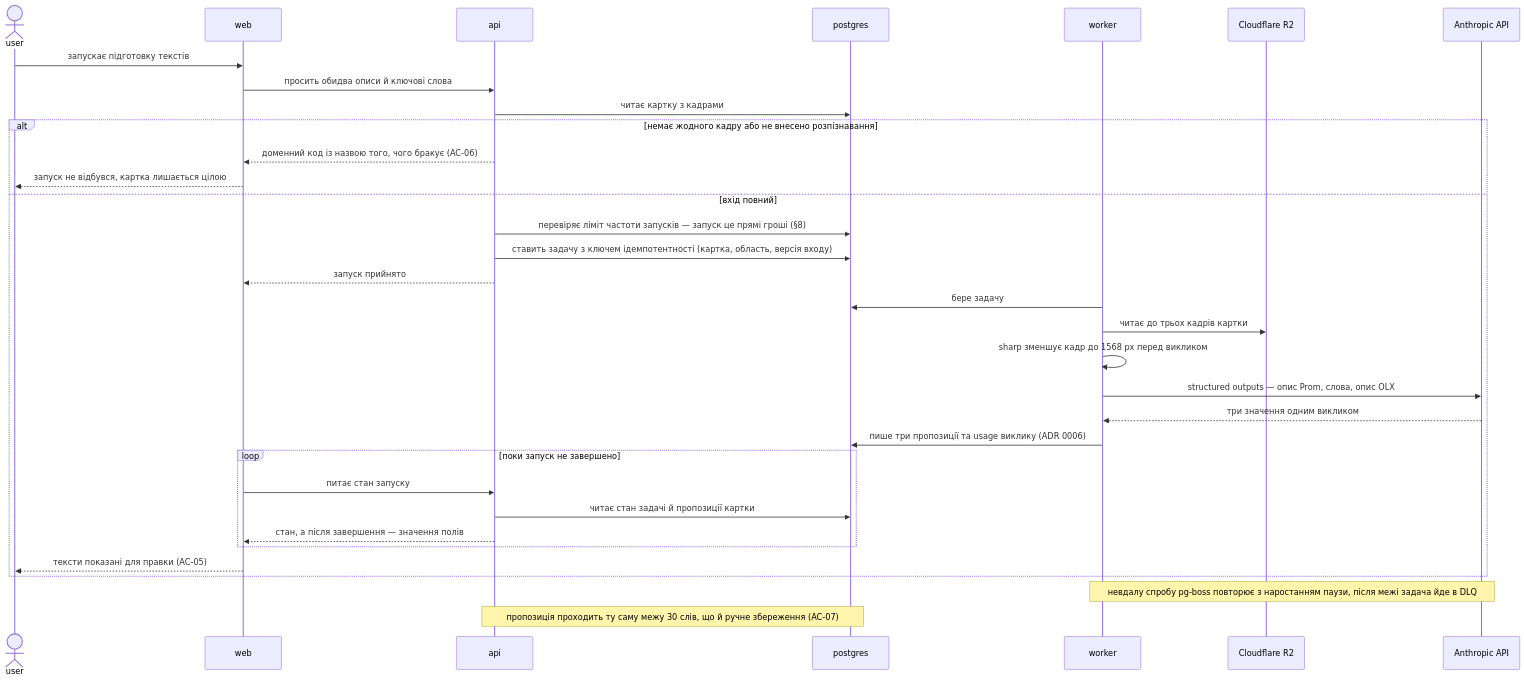
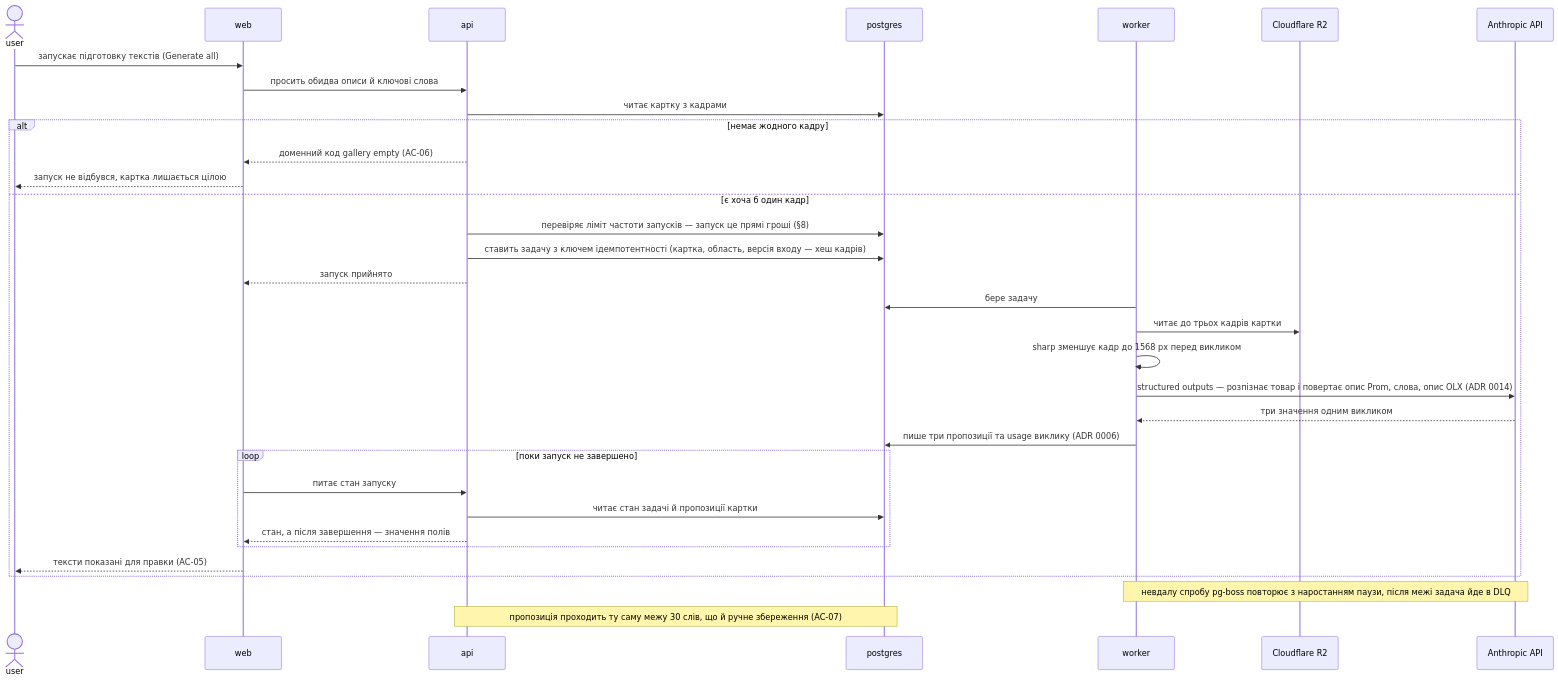
Before and after one commit to sergy-litkovskiy/mouse-springconsult: the ninth of 12 diagrams in docs/features/product-creation-flow/sad.md, drawn with Mermaid. The commit also changed other lines of this file and 26 other files, not shown here.

Commit message:
update add/edit product flow

````diff
--- a/docs/features/product-creation-flow/sad.md
+++ b/docs/features/product-creation-flow/sad.md
@@ -534,36 +579,36 @@
 ```mermaid
 sequenceDiagram
     actor user
     participant web
     participant api
     participant pg as postgres
     participant worker
     participant r2 as Cloudflare R2
     participant anthropic as Anthropic API
 
-    user->>web: запускає підготовку текстів
+    user->>web: запускає підготовку текстів (Generate all)
     web->>api: просить обидва описи й ключові слова
     api->>pg: читає картку з кадрами
-    alt немає жодного кадру або не внесено розпізнавання
-        api-->>web: доменний код із назвою того, чого бракує (AC-06)
+    alt немає жодного кадру
+        api-->>web: доменний код gallery empty (AC-06)
         web-->>user: запуск не відбувся, картка лишається цілою
-    else вхід повний
+    else є хоча б один кадр
         api->>pg: перевіряє ліміт частоти запусків — запуск це прямі гроші (§8)
-        api->>pg: ставить задачу з ключем ідемпотентності (картка, область, версія входу)
+        api->>pg: ставить задачу з ключем ідемпотентності (картка, область, версія входу — хеш кадрів)
         api-->>web: запуск прийнято
         worker->>pg: бере задачу
         worker->>r2: читає до трьох кадрів картки
         worker->>worker: sharp зменшує кадр до 1568 px перед викликом
-        worker->>anthropic: structured outputs — опис Prom, слова, опис OLX
+        worker->>anthropic: structured outputs — розпізнає товар і повертає опис Prom, слова, опис OLX (ADR 0014)
         anthropic-->>worker: три значення одним викликом
         worker->>pg: пише три пропозиції та usage виклику (ADR 0006)
         loop поки запуск не завершено
             web->>api: питає стан запуску
             api->>pg: читає стан задачі й пропозиції картки
             api-->>web: стан, а після завершення — значення полів
         end
         web-->>user: тексти показані для правки (AC-05)
     end
     Note over worker,anthropic: невдалу спробу pg-boss повторює з наростанням паузи, після межі задача йде в DLQ
     Note over api,pg: пропозиція проходить ту саму межу 30 слів, що й ручне збереження (AC-07)
 ```
````
